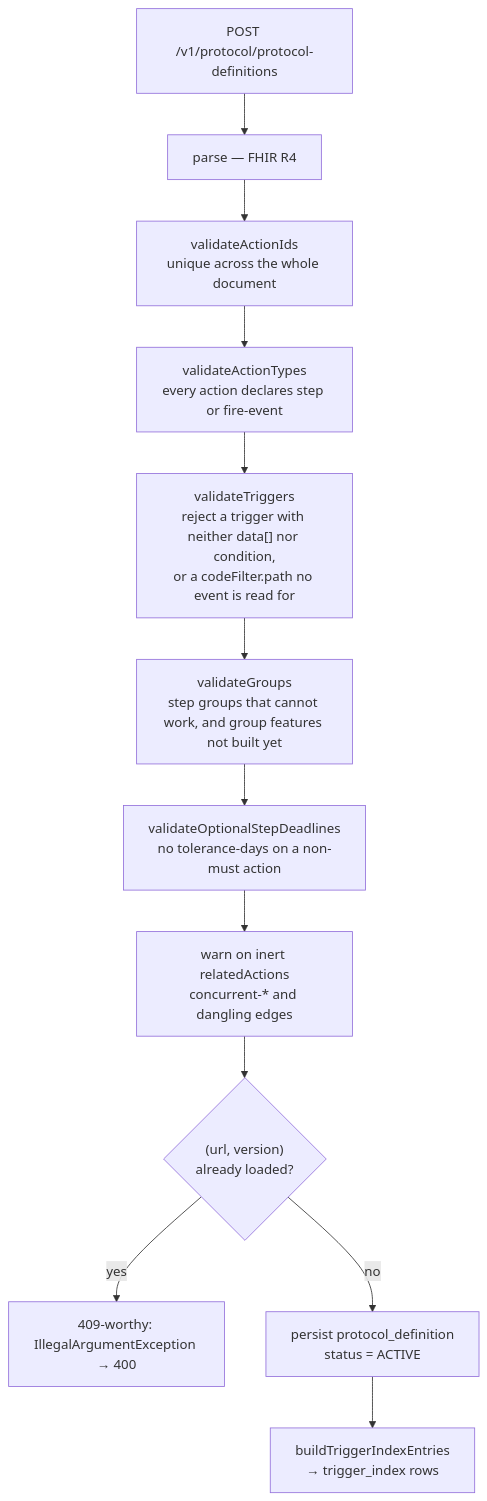
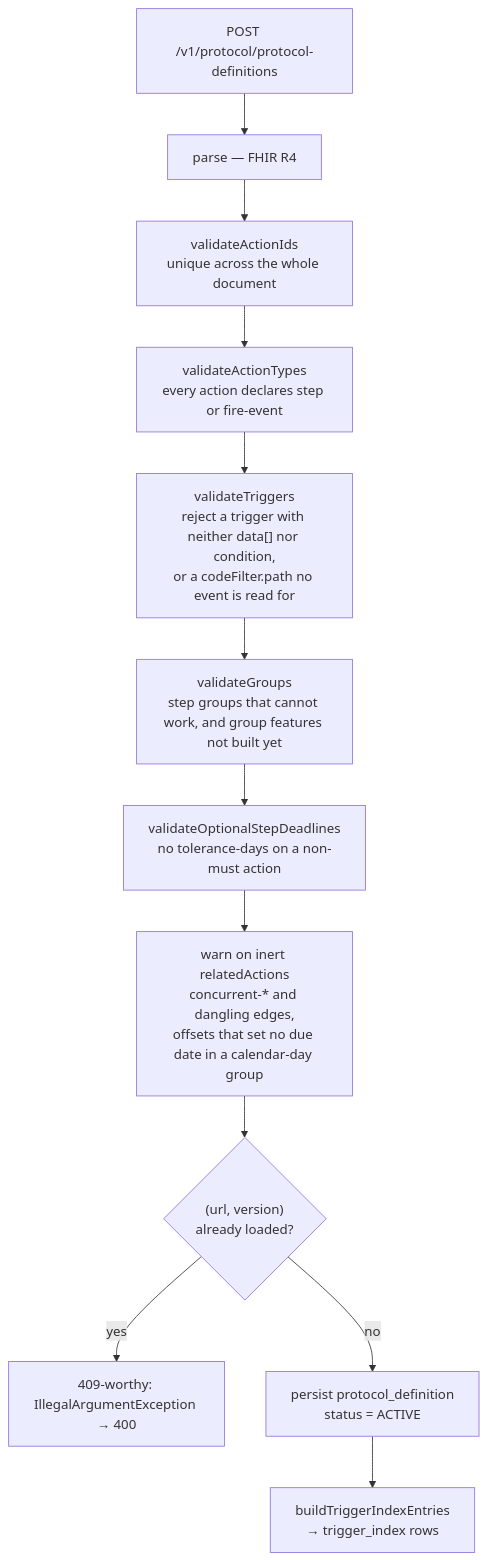
One commit to Jayaprakash8887/cce-protocol-service changed the diagram in docs/architecture-overview.md. Above: the diagram before and after it, drawn with Mermaid. The commit also changed other lines of this file and 3 other files, not shown here.

Commit message:
CCE-135: warn at load about offsets that set no due date in a calendar-day group

````diff
--- a/docs/architecture-overview.md
+++ b/docs/architecture-overview.md
@@ -42,14 +42,14 @@
 ```mermaid
 flowchart TD
     A["POST /v1/protocol/protocol-definitions"] --> B["parse — FHIR R4"]
     B --> C["validateActionIds<br/>unique across the whole document"]
     C --> D["validateActionTypes<br/>every action declares step or fire-event"]
     D --> E["validateTriggers<br/>reject a trigger with neither data[] nor condition,<br/>or a codeFilter.path no event is read for"]
     E --> EG["validateGroups<br/>step groups that cannot work, and group features not built yet"]
     EG --> E2["validateOptionalStepDeadlines<br/>no tolerance-days on a non-must action"]
-    E2 --> F["warn on inert relatedActions<br/>concurrent-* and dangling edges"]
+    E2 --> F["warn on inert relatedActions<br/>concurrent-* and dangling edges,<br/>offsets that set no due date in a calendar-day group"]
     F --> G{"(url, version)<br/>already loaded?"}
     G -->|yes| H["409-worthy: IllegalArgumentException → 400"]
     G -->|no| I["persist protocol_definition<br/>status = ACTIVE"]
     I --> J["buildTriggerIndexEntries<br/>→ trigger_index rows"]
 ```
````
